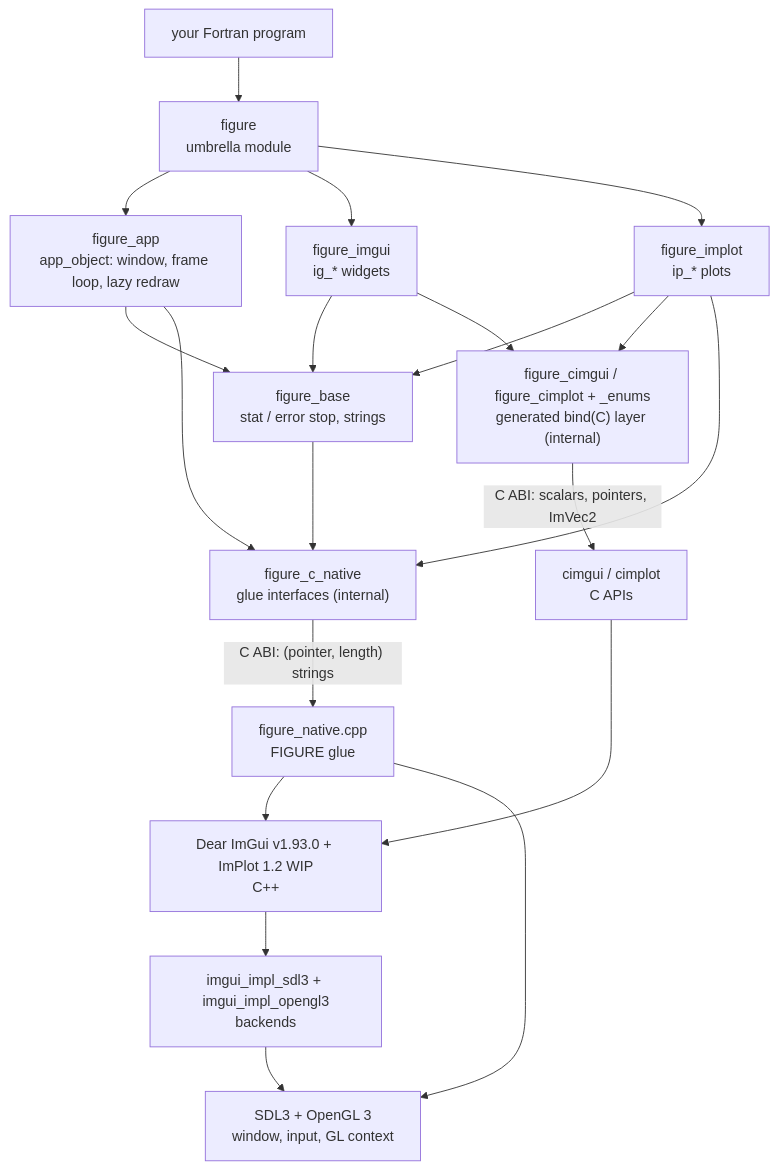
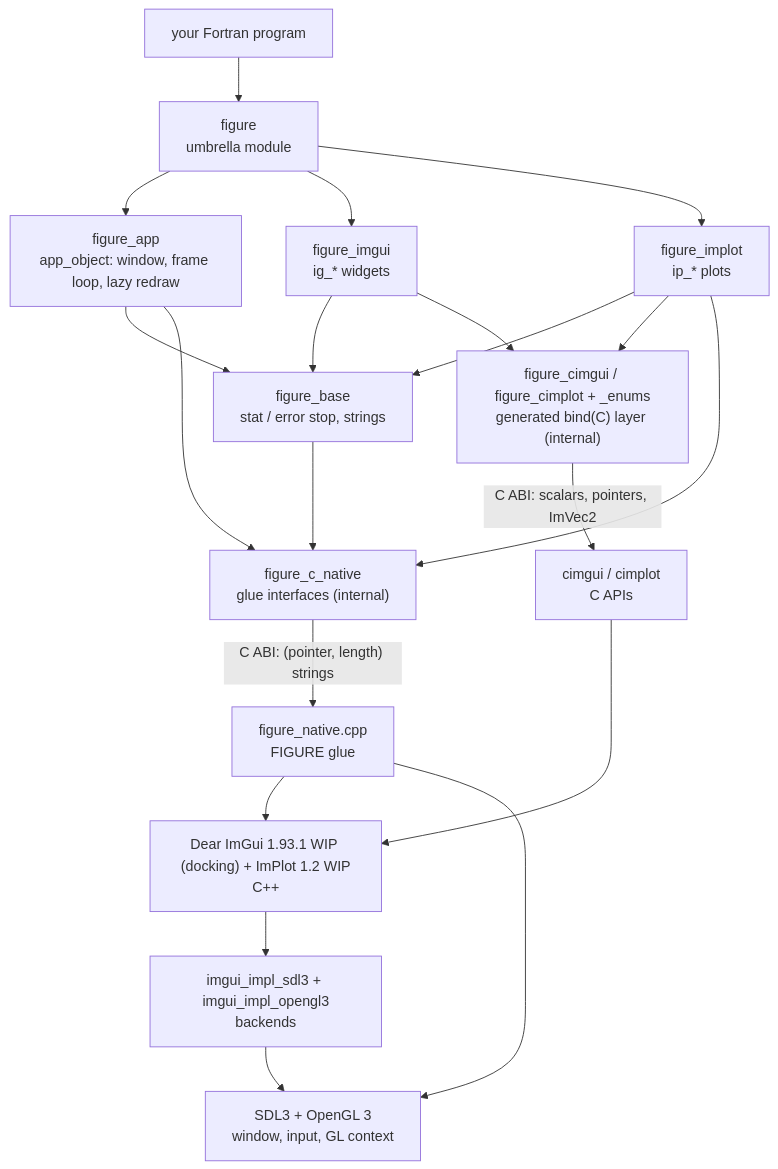
One commit to szaghi/figure changed the first of 2 diagrams in docs/guide/architecture.md. Above: the diagram before and after it, drawn with Mermaid. The commit also changed 11 other files, not shown here.

````diff
--- a/docs/guide/architecture.md
+++ b/docs/guide/architecture.md
@@ -7,22 +7,22 @@
 ```mermaid
 flowchart TD
     USER["your Fortran program"] --> FIG["figure<br/>umbrella module"]
     FIG --> APP["figure_app<br/>app_object: window, frame loop, lazy redraw"]
     FIG --> IG["figure_imgui<br/>ig_* widgets"]
     FIG --> IP["figure_implot<br/>ip_* plots"]
     APP --> BASE["figure_base<br/>stat / error stop, strings"]
     IG --> BASE
     IP --> BASE
     APP --> RAW["figure_c_native<br/>glue interfaces (internal)"]
     IG --> GEN["figure_cimgui / figure_cimplot + _enums<br/>generated bind(C) layer (internal)"]
     IP --> GEN
     IP --> RAW
     BASE --> RAW
     GEN -->|"C ABI: scalars, pointers, ImVec2"| CIM["cimgui / cimplot<br/>C APIs"]
     RAW -->|"C ABI: (pointer, length) strings"| GLUE["figure_native.cpp<br/>FIGURE glue"]
-    CIM --> CPP["Dear ImGui v1.93.0 + ImPlot 1.2 WIP<br/>C++"]
+    CIM --> CPP["Dear ImGui 1.93.1 WIP (docking) + ImPlot 1.2 WIP<br/>C++"]
     GLUE --> CPP
     GLUE --> SDL["SDL3 + OpenGL 3<br/>window, input, GL context"]
     CPP --> BACK["imgui_impl_sdl3 + imgui_impl_opengl3<br/>backends"]
     BACK --> SDL
 ```
````
